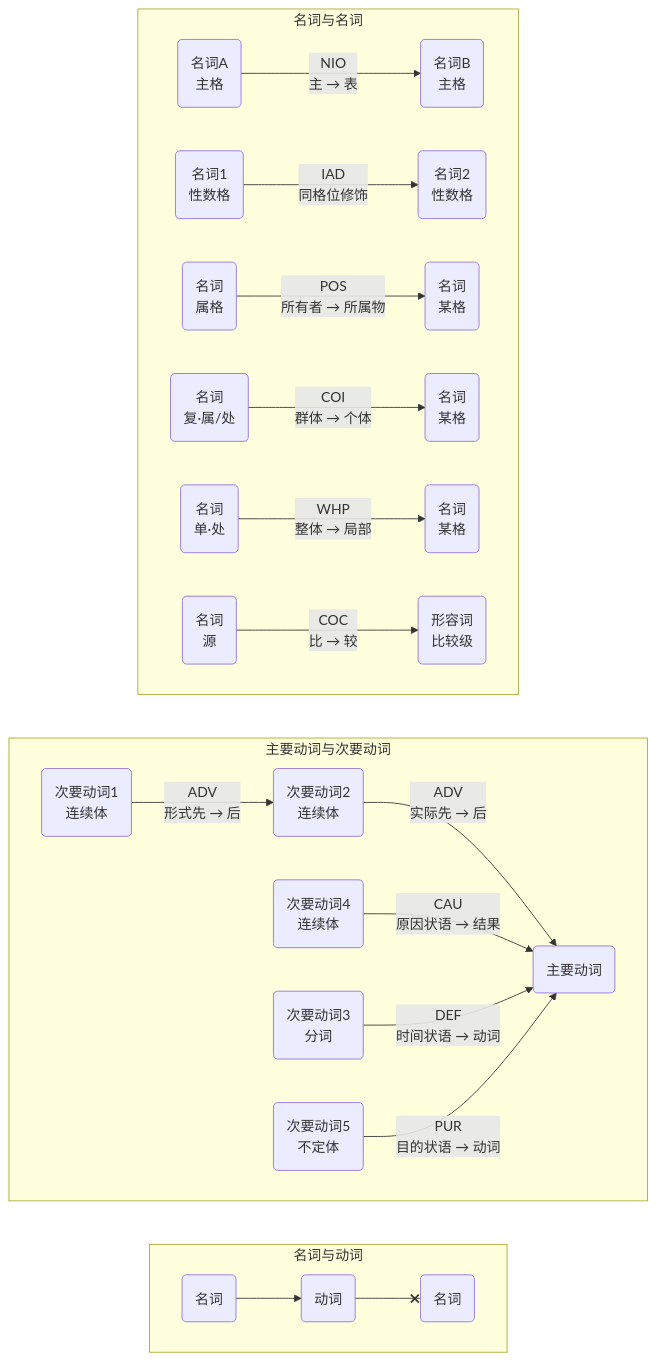
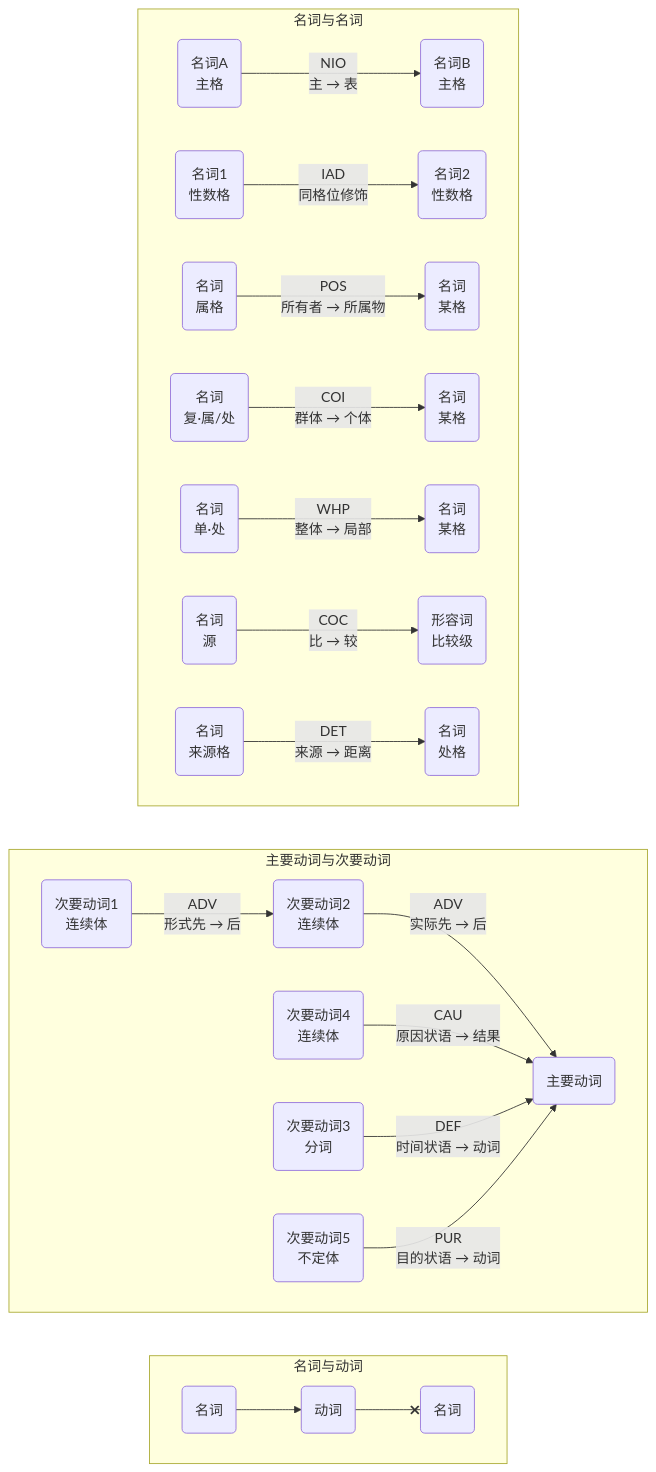
The third of 3 diagrams in src/basic-relation/README.md (iapt-platform/pali-handbook), drawn with Mermaid before and after one commit. The commit also changed 1 other file, not shown here.

Commit message:
新增关系列表

```diff
--- a/src/basic-relation/README.md
+++ b/src/basic-relation/README.md
@@ -48,46 +48,49 @@
 <div class="mermaid">
 flowchart LR
 subgraph 名词与动词
 direction LR
 A1("名词")
 B1("动词")
 C1("名词")
 A1 --> B1 --x C1
 end
 subgraph 主要动词与次要动词
 direction LR
 A2("主要动词")
 B2("次要动词1<br>连续体")
 C2("次要动词2<br>连续体")
 D2("次要动词3<br>分词")
 E2("次要动词4<br>连续体")
 F2("次要动词5<br>不定体")
 click D2 "../verbal/bian-wei-dong-ci-shi-tai-yu-qi/index.html"
 B2-- "ADV<br>形式先 → 后" -->C2
 C2--"ADV<br>实际先 → 后"-->A2
 E2--"CAU<br>原因状语 → 结果"-->A2
 D2--"DEF<br>时间状语 → 动词"-->A2
 F2--"PUR<br>目的状语 → 动词"-->A2
 end
 subgraph 名词与名词
 direction LR
 A3("名词1<br>性数格")
 B3("名词2<br>性数格")
 C3("名词<br>属格")
 D3("名词<br>某格")
 E3("名词<br>复·属/处")
 F3("名词<br>某格")
 G3("名词<br>源")
 H3("形容词<br>比较级")
 I3("名词<br>单·处")
 J3("名词<br>某格")
 K3("名词A<br>主格")
 L3("名词B<br>主格")
+M3("名词<br>来源格")
+N3("名词<br>处格")
 K3--"NIO<br>主 → 表"-->L3
 A3--"IAD<br>同格位修饰"-->B3
 C3--"POS<br>所有者 → 所属物"-->D3
 E3--"COI<br>群体 → 个体"-->F3
 I3--"WHP<br>整体 → 局部"-->J3
 G3--"COC<br>比 → 较"-->H3
+M3--"DET<br>来源 → 距离"-->N3
 end
 </div>
```
